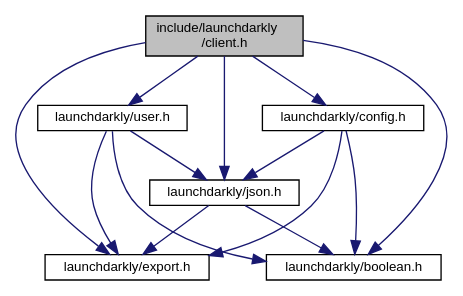
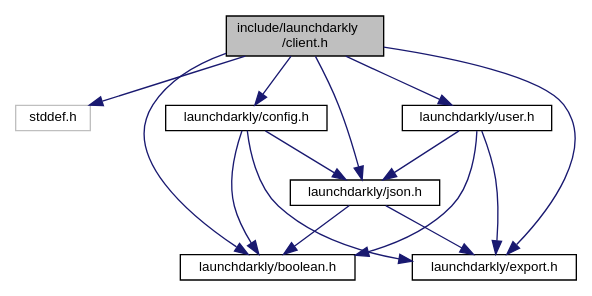
The diagram in client_8h__incl.dot (launchdarkly/c-client-sdk), drawn with Graphviz before and after one commit. The commit also changed 59 other files, not shown here.

```diff
--- a/client_8h__incl.dot
+++ b/client_8h__incl.dot
@@ -1,24 +1,26 @@
 digraph "include/launchdarkly/client.h"
 {
   edge [fontname="Helvetica",fontsize="10",labelfontname="Helvetica",labelfontsize="10"];
   node [fontname="Helvetica",fontsize="10",shape=record];
   Node0 [label="include/launchdarkly\l/client.h",height=0.2,width=0.4,color="black", fillcolor="grey75", style="filled", fontcolor="black"];
   Node0 -> Node1 [color="midnightblue",fontsize="10",style="solid",fontname="Helvetica"];
-  Node1 [label="launchdarkly/json.h",height=0.2,width=0.4,color="black", fillcolor="white", style="filled",URL="$json_8h.html",tooltip="Public API Interface for JSON usage. "];
-  Node1 -> Node2 [color="midnightblue",fontsize="10",style="solid",fontname="Helvetica"];
-  Node2 [label="launchdarkly/export.h",height=0.2,width=0.4,color="black", fillcolor="white", style="filled",URL="$export_8h.html",tooltip="Public. Configuration of exported symbols. "];
-  Node1 -> Node3 [color="midnightblue",fontsize="10",style="solid",fontname="Helvetica"];
-  Node3 [label="launchdarkly/boolean.h",height=0.2,width=0.4,color="black", fillcolor="white", style="filled",URL="$boolean_8h.html",tooltip="A custom c89 boolean type. "];
+  Node1 [label="stddef.h",height=0.2,width=0.4,color="grey75", fillcolor="white", style="filled"];
+  Node0 -> Node2 [color="midnightblue",fontsize="10",style="solid",fontname="Helvetica"];
+  Node2 [label="launchdarkly/boolean.h",height=0.2,width=0.4,color="black", fillcolor="white", style="filled",URL="$boolean_8h.html",tooltip="A custom c89 boolean type. "];
   Node0 -> Node3 [color="midnightblue",fontsize="10",style="solid",fontname="Helvetica"];
+  Node3 [label="launchdarkly/config.h",height=0.2,width=0.4,color="black", fillcolor="white", style="filled",URL="$config_8h.html",tooltip="Public API Interface for Configuration. "];
+  Node3 -> Node2 [color="midnightblue",fontsize="10",style="solid",fontname="Helvetica"];
+  Node3 -> Node4 [color="midnightblue",fontsize="10",style="solid",fontname="Helvetica"];
+  Node4 [label="launchdarkly/export.h",height=0.2,width=0.4,color="black", fillcolor="white", style="filled",URL="$export_8h.html",tooltip="Public. Configuration of exported symbols. "];
+  Node3 -> Node5 [color="midnightblue",fontsize="10",style="solid",fontname="Helvetica"];
+  Node5 [label="launchdarkly/json.h",height=0.2,width=0.4,color="black", fillcolor="white", style="filled",URL="$json_8h.html",tooltip="Public API Interface for JSON usage. "];
+  Node5 -> Node2 [color="midnightblue",fontsize="10",style="solid",fontname="Helvetica"];
+  Node5 -> Node4 [color="midnightblue",fontsize="10",style="solid",fontname="Helvetica"];
   Node0 -> Node4 [color="midnightblue",fontsize="10",style="solid",fontname="Helvetica"];
-  Node4 [label="launchdarkly/config.h",height=0.2,width=0.4,color="black", fillcolor="white", style="filled",URL="$config_8h.html",tooltip="Public API Interface for Configuration. "];
-  Node4 -> Node3 [color="midnightblue",fontsize="10",style="solid",fontname="Helvetica"];
-  Node4 -> Node1 [color="midnightblue",fontsize="10",style="solid",fontname="Helvetica"];
-  Node4 -> Node2 [color="midnightblue",fontsize="10",style="solid",fontname="Helvetica"];
   Node0 -> Node5 [color="midnightblue",fontsize="10",style="solid",fontname="Helvetica"];
-  Node5 [label="launchdarkly/user.h",height=0.2,width=0.4,color="black", fillcolor="white", style="filled",URL="$user_8h.html",tooltip="Public API Interface for User construction. "];
-  Node5 -> Node1 [color="midnightblue",fontsize="10",style="solid",fontname="Helvetica"];
-  Node5 -> Node3 [color="midnightblue",fontsize="10",style="solid",fontname="Helvetica"];
-  Node5 -> Node2 [color="midnightblue",fontsize="10",style="solid",fontname="Helvetica"];
-  Node0 -> Node2 [color="midnightblue",fontsize="10",style="solid",fontname="Helvetica"];
+  Node0 -> Node6 [color="midnightblue",fontsize="10",style="solid",fontname="Helvetica"];
+  Node6 [label="launchdarkly/user.h",height=0.2,width=0.4,color="black", fillcolor="white", style="filled",URL="$user_8h.html",tooltip="Public API Interface for User construction. "];
+  Node6 -> Node2 [color="midnightblue",fontsize="10",style="solid",fontname="Helvetica"];
+  Node6 -> Node4 [color="midnightblue",fontsize="10",style="solid",fontname="Helvetica"];
+  Node6 -> Node5 [color="midnightblue",fontsize="10",style="solid",fontname="Helvetica"];
 }
```
